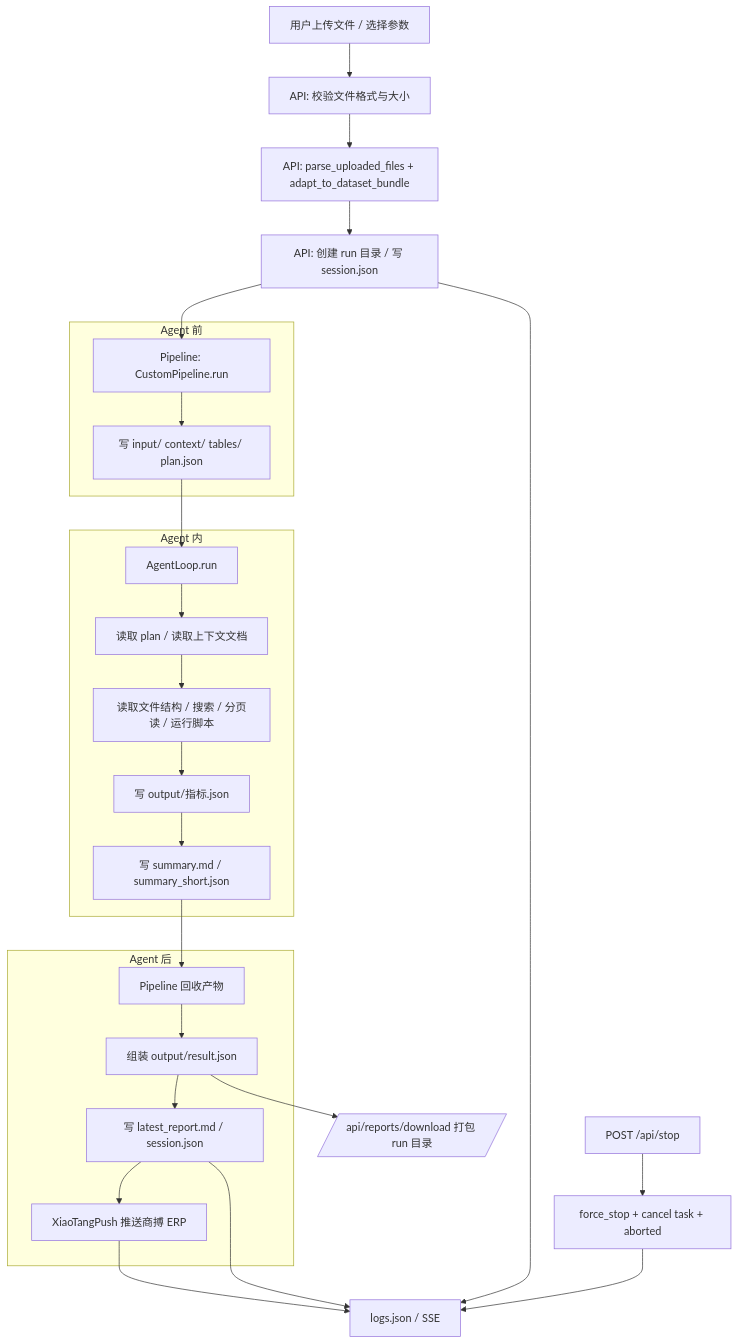
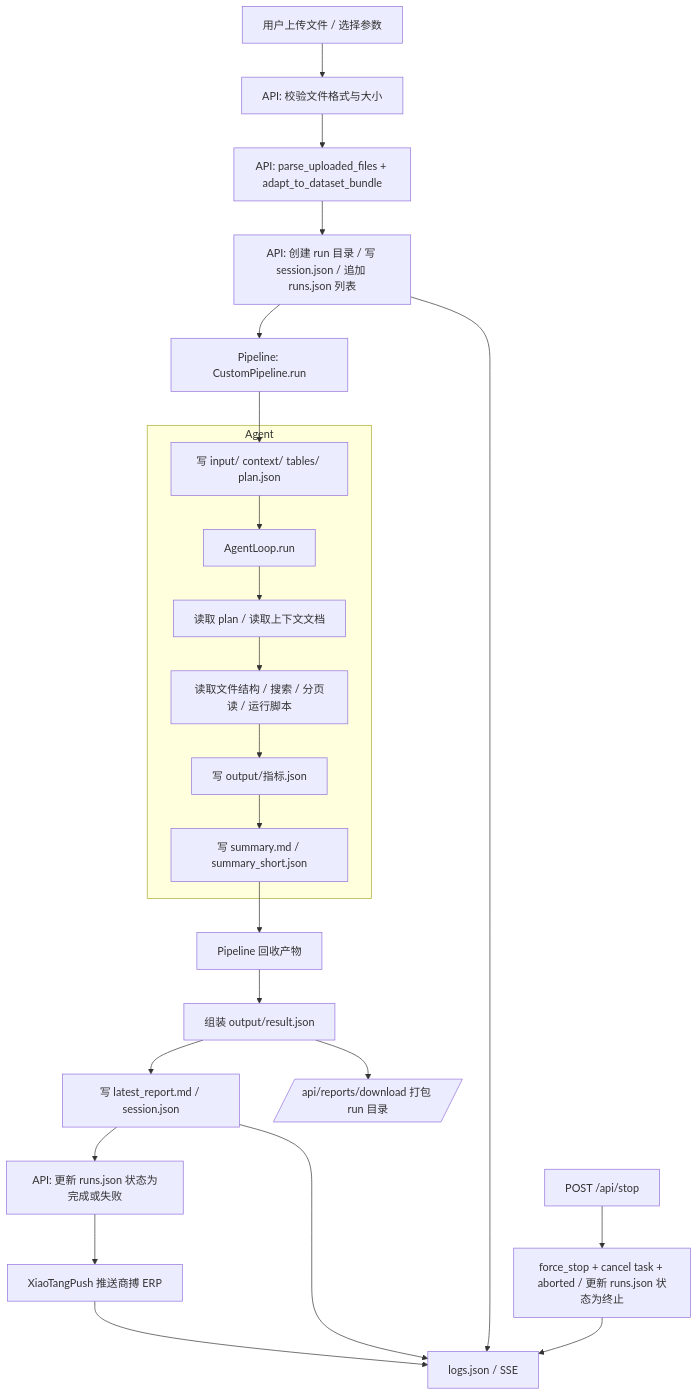
Before and after one commit to FuLuTang/AI-Store-Analysis-System: the diagram in docs/经营分析/架构设计.md, drawn with Mermaid. The commit also changed other lines of this file and 6 other files, not shown here.

````diff
--- a/docs/经营分析/架构设计.md
+++ b/docs/经营分析/架构设计.md
@@ -5,33 +5,30 @@
 ```mermaid
 flowchart TD
     A[用户上传文件 / 选择参数] --> B[API: 校验文件格式与大小]
     B --> C[API: parse_uploaded_files + adapt_to_dataset_bundle]
-    C --> D[API: 创建 run 目录 / 写 session.json]
+    C --> D[API: 创建 run 目录 / 写 session.json / 追加 runs.json 列表]
     D --> E[Pipeline: CustomPipeline.run]
 
-    subgraph P1[Agent 前]
         E --> E1[写 input/ context/ tables/ plan.json]
-    end
 
-    subgraph P2[Agent 内]
+    subgraph P2[Agent]
         E1 --> F[AgentLoop.run]
         F --> G[读取 plan / 读取上下文文档]
         G --> H[读取文件结构 / 搜索 / 分页读 / 运行脚本]
         H --> I[写 output/指标.json]
         I --> J[写 summary.md / summary_short.json]
     end
 
-    subgraph P3[Agent 后]
         J --> K[Pipeline 回收产物]
         K --> L[组装 output/result.json]
         L --> M[写 latest_report.md / session.json]
-        M --> N[XiaoTangPush 推送商搏 ERP]
-    end
+        M --> U[API: 更新 runs.json 状态为完成或失败]
+        U --> N[XiaoTangPush 推送商搏 ERP]
 
     N --> O[logs.json / SSE]
     M --> O
     D --> O
-    Q[POST /api/stop] --> R[force_stop + cancel task + aborted]
+    Q[POST /api/stop] --> R[force_stop + cancel task + aborted / 更新 runs.json 状态为终止]
     R --> O
     L --> S[/api/reports/download 打包 run 目录/]
 ```
````
